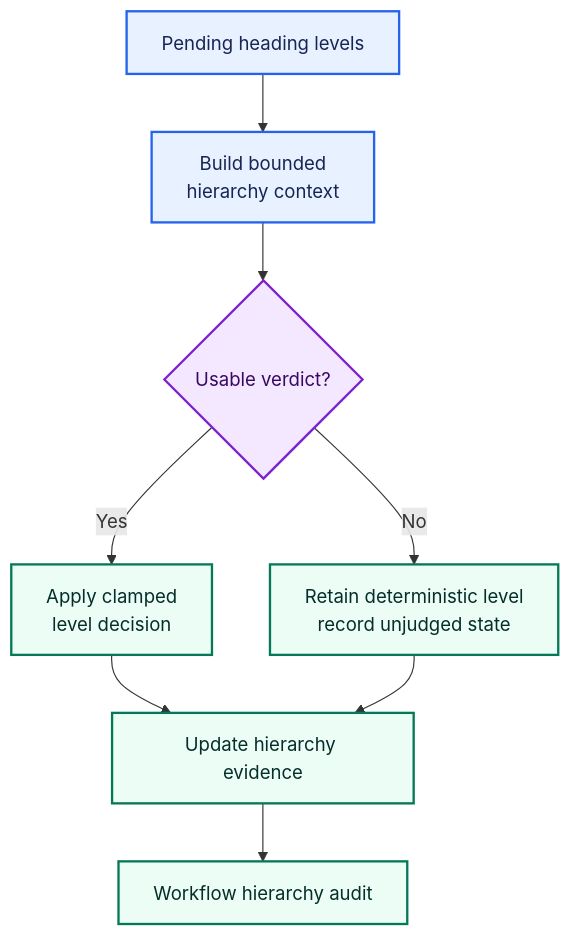
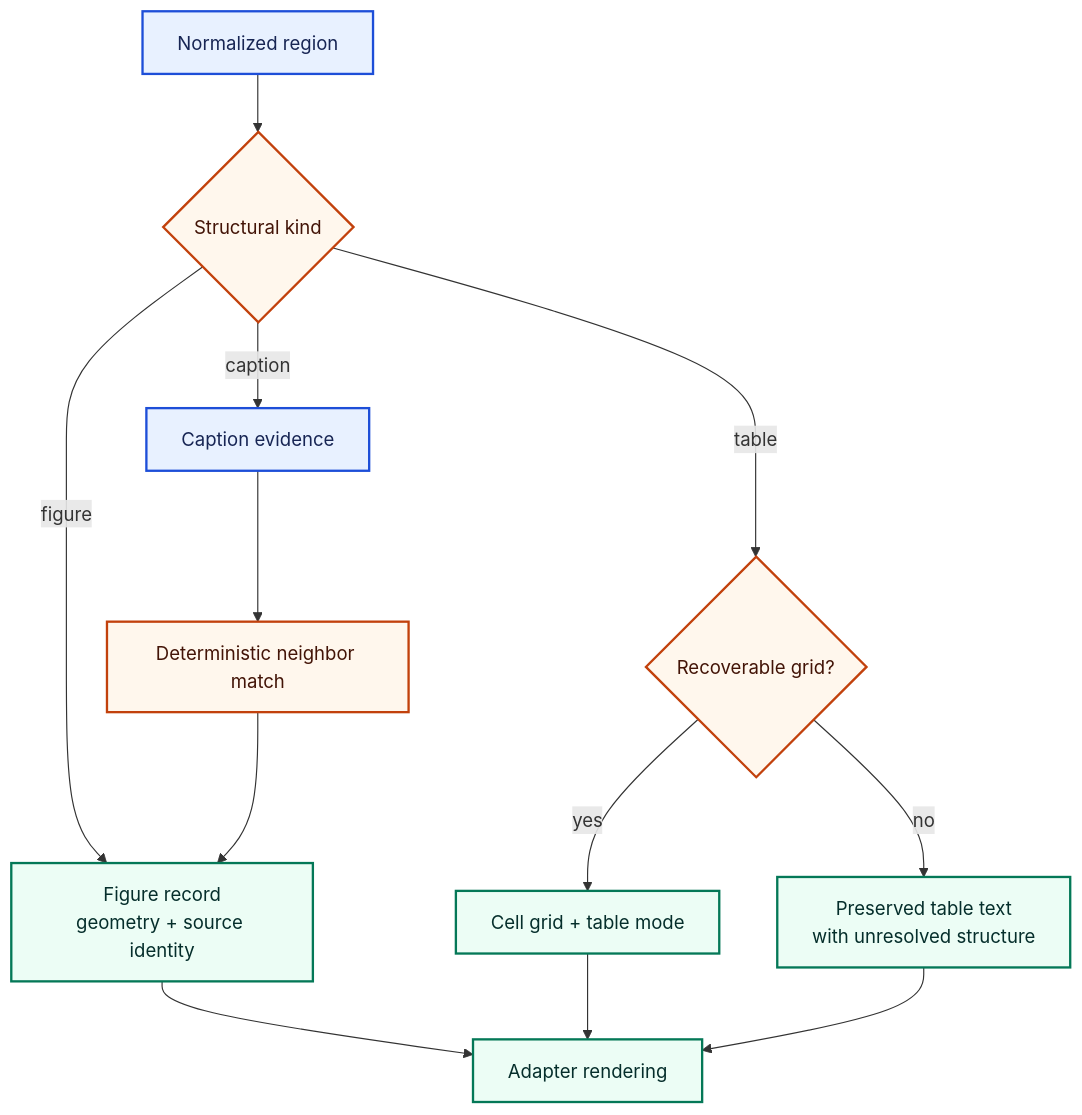
Before and after one commit to mdmurphy822/Ed4All: the second of 3 diagrams in docs/architecture/hybrid-vision-extraction.md, drawn with Mermaid. The commit also changed other lines of this file, not shown here.

Commit message:
docs(semantik): rebuild extraction architecture

````diff
--- a/docs/architecture/hybrid-vision-extraction.md
+++ b/docs/architecture/hybrid-vision-extraction.md
@@ -106,17 +85,21 @@
 ```mermaid
 flowchart TD
-    PENDING["Pending heading levels"] --> CONTEXT["Build bounded<br/>hierarchy context"]
-    CONTEXT --> VERDICT{"Usable verdict?"}
-    VERDICT -->|Yes| APPLY["Apply clamped<br/>level decision"]
-    VERDICT -->|No| RETAIN["Retain deterministic level<br/>record unjudged state"]
-    APPLY --> EVIDENCE["Update hierarchy evidence"]
-    RETAIN --> EVIDENCE
-    EVIDENCE --> AUDIT["Workflow hierarchy audit"]
+    REGION["Normalized region"] --> KIND{"Structural kind"}
+    KIND -->|"figure"| FIG["Figure record<br/>geometry + source identity"]
+    KIND -->|"caption"| CAP["Caption evidence"]
+    CAP --> MATCH["Deterministic neighbor match"]
+    MATCH --> FIG
+    KIND -->|"table"| GRID{"Recoverable grid?"}
+    GRID -->|"yes"| CELLS["Cell grid + table mode"]
+    GRID -->|"no"| TEXT["Preserved table text<br/>with unresolved structure"]
+    FIG --> OUT["Adapter rendering"]
+    CELLS --> OUT
+    TEXT --> OUT
 
-    classDef input fill:#E8F1FF,stroke:#2563EB,color:#172554,stroke-width:2px;
-    classDef decision fill:#F3E8FF,stroke:#7E22CE,color:#3B0764,stroke-width:2px;
-    classDef safe fill:#ECFDF5,stroke:#047857,color:#052E2B,stroke-width:2px;
-    class PENDING,CONTEXT input;
-    class VERDICT decision;
-    class APPLY,RETAIN,EVIDENCE,AUDIT safe;
+    classDef evidence fill:#E8F1FF,stroke:#1D4ED8,color:#172554,stroke-width:2px;
+    classDef decision fill:#FFF7ED,stroke:#C2410C,color:#431407,stroke-width:2px;
+    classDef result fill:#ECFDF5,stroke:#047857,color:#052E2B,stroke-width:2px;
+    class REGION,CAP evidence;
+    class KIND,GRID,MATCH decision;
+    class FIG,CELLS,TEXT,OUT result;
 ```
````
